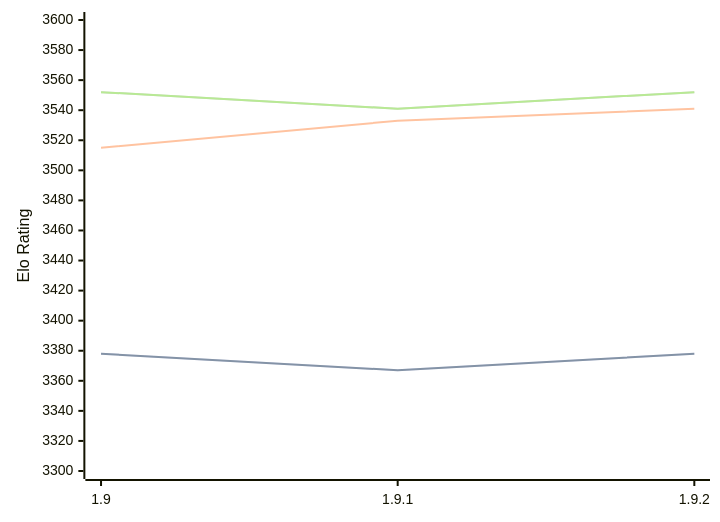
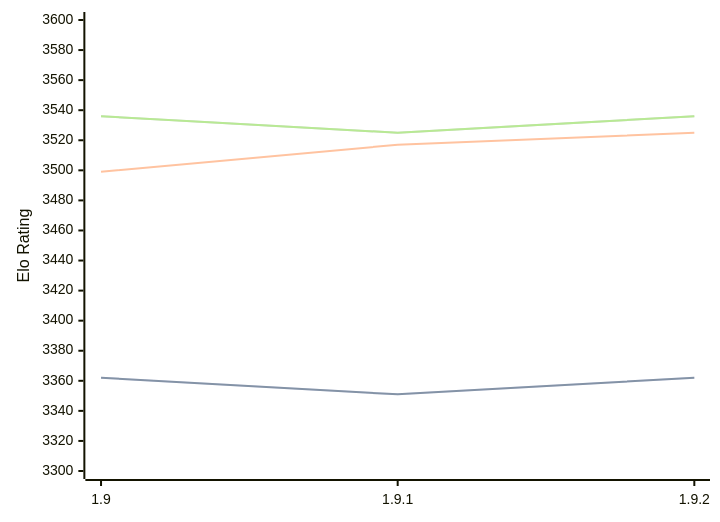
The diagram in engines/Pawnocchio.md (computer-chess-index/cci), drawn with Mermaid before and after one commit. The commit also changed other lines of this file, not shown here.

Commit message:
Update CCI Ratings (ELO VLTC) - 2026-05-20

````diff
--- a/engines/Pawnocchio.md
+++ b/engines/Pawnocchio.md
@@ -48,11 +48,11 @@
 ```mermaid
 %%{init: {"theme":"base","themeVariables":{"seriesColors:['#a3a3a3','#222221','#faa371']}}}%%
 xychart-beta
   x-axis ["1.9", "1.9.1", "1.9.2"]
   y-axis "Elo Rating" 3300 --> 3600
-  line "STC (8.0+0.08s)" [3378, 3367, 3378]
-  line "STC (8.0+0.08s)" [3378, 3367, 3378]
-  line "LTC (60.0+0.60s)" [3515, 3533, 3541]
-  line "VLTC (2m24s+1.12s)" [3552, 3541, 3552]
-  line "VLTC (2m24s+1.12s)" [3552, 3541, 3552]
+  line "STC (8.0+0.08s)" [3362, 3351, 3362]
+  line "STC (8.0+0.08s)" [3362, 3351, 3362]
+  line "LTC (60.0+0.60s)" [3499, 3517, 3525]
+  line "VLTC (2m24s+1.12s)" [3536, 3525, 3536]
+  line "VLTC (2m24s+1.12s)" [3536, 3525, 3536]
 ```
````
